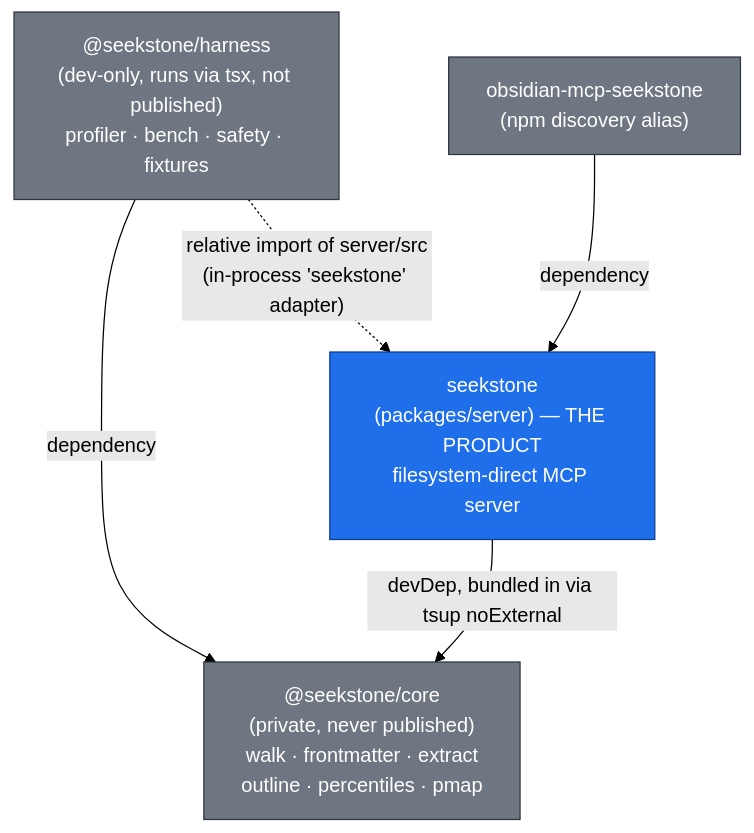
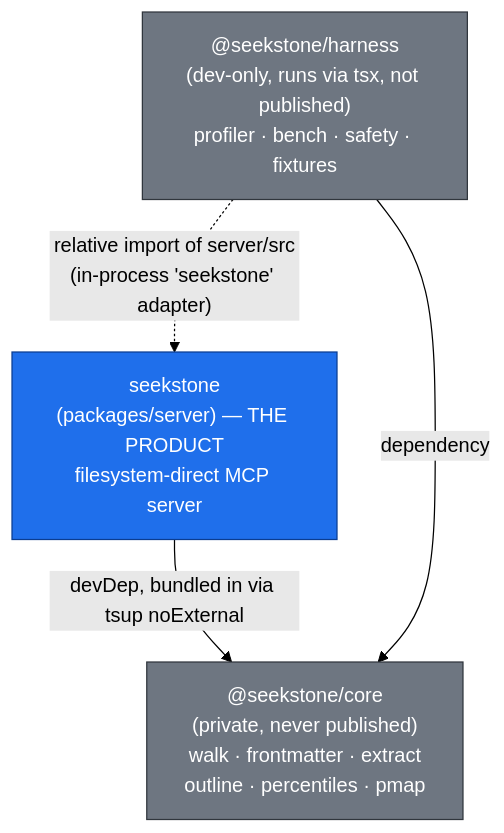
One commit to shaqmughal/seekstone changed the first of 5 diagrams in docs/ARCHITECTURE.md. Above: the diagram before and after it, drawn with Mermaid (forest theme). The commit also changed other lines of this file and 17 other files, not shown here.

First line of the commit message:
chore: remove the obsidian-mcp-seekstone alias package (#159)

````diff
--- a/docs/ARCHITECTURE.md
+++ b/docs/ARCHITECTURE.md
@@ -20,17 +21,15 @@
 ```mermaid
 flowchart TD
     core["@seekstone/core<br/>(private, never published)<br/>walk · frontmatter · extract<br/>outline · percentiles · pmap"]
     server["seekstone<br/>(packages/server) — THE PRODUCT<br/>filesystem-direct MCP server"]
     harness["@seekstone/harness<br/>(dev-only, runs via tsx, not published)<br/>profiler · bench · safety · fixtures"]
-    alias["obsidian-mcp-seekstone<br/>(npm discovery alias)"]
 
     server -->|"devDep, bundled in via tsup noExternal"| core
     harness -->|"dependency"| core
     harness -.->|"relative import of server/src<br/>(in-process 'seekstone' adapter)"| server
-    alias -->|"dependency"| server
 
     classDef product fill:#1f6feb,stroke:#0b3d91,color:#fff;
     classDef dev fill:#6e7681,stroke:#30363d,color:#fff;
     class server product;
-    class harness,core,alias dev;
+    class harness,core dev;
 ```
````
